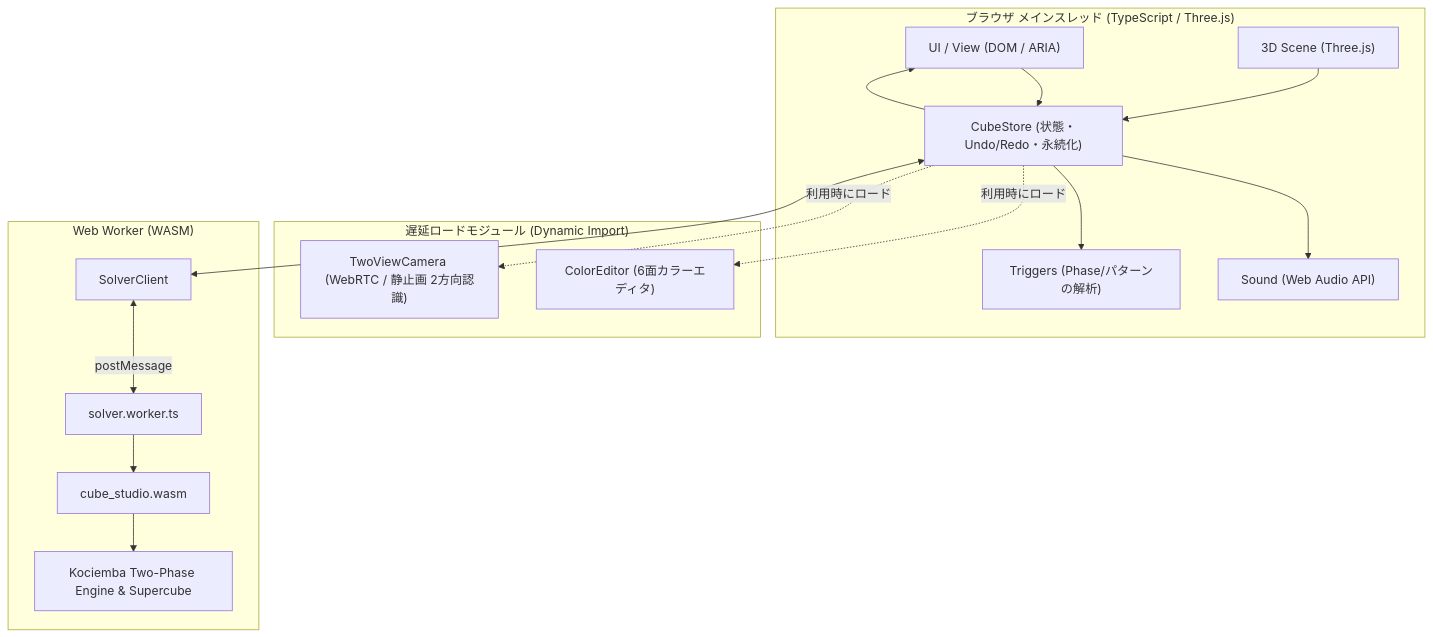
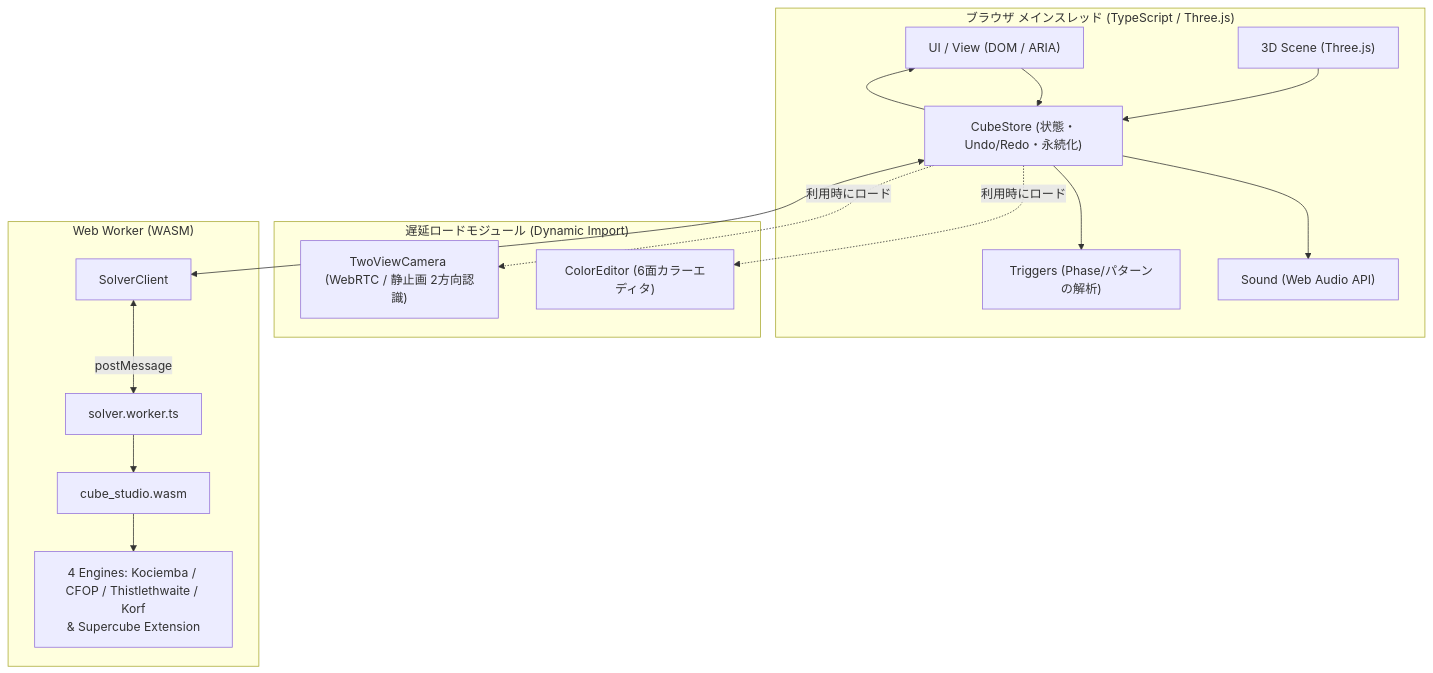
One commit to katoy/rust-r-cube changed the diagram in 3x3-web-2/README.md. Above: the diagram before and after it, drawn with Mermaid. The commit also changed other lines of this file and 5 other files, not shown here.

````diff
--- a/3x3-web-2/README.md
+++ b/3x3-web-2/README.md
@@ -63,34 +116,34 @@
 ```mermaid
 flowchart TD
     subgraph UI ["ブラウザ メインスレッド (TypeScript / Three.js)"]
         View["UI / View (DOM / ARIA)"]
         Scene["3D Scene (Three.js)"]
         Store["CubeStore (状態・Undo/Redo・永続化)"]
         Sound["Sound (Web Audio API)"]
         Triggers["Triggers (Phase/パターンの解析)"]
         View --> Store
         Scene --> Store
         Store --> View
         Store --> Sound
         Store --> Triggers
     end
 
     subgraph Dynamic ["遅延ロードモジュール (Dynamic Import)"]
         Editor["ColorEditor (6面カラーエディタ)"]
         Camera["TwoViewCamera (WebRTC / 静止画 2方向認識)"]
         Store -.->|利用時にロード| Editor
         Store -.->|利用時にロード| Camera
     end
 
     subgraph Worker ["Web Worker (WASM)"]
         Client["SolverClient"]
         WasmWorker["solver.worker.ts"]
         RustWasm["cube_studio.wasm"]
-        Solver["Kociemba Two-Phase Engine & Supercube"]
+        Solver["4 Engines: Kociemba / CFOP / Thistlethwaite / Korf<br>& Supercube Extension"]
         Client <-->|postMessage| WasmWorker
         WasmWorker --> RustWasm
         RustWasm --> Solver
     end
 
     Store <--> Client
 ```
````
